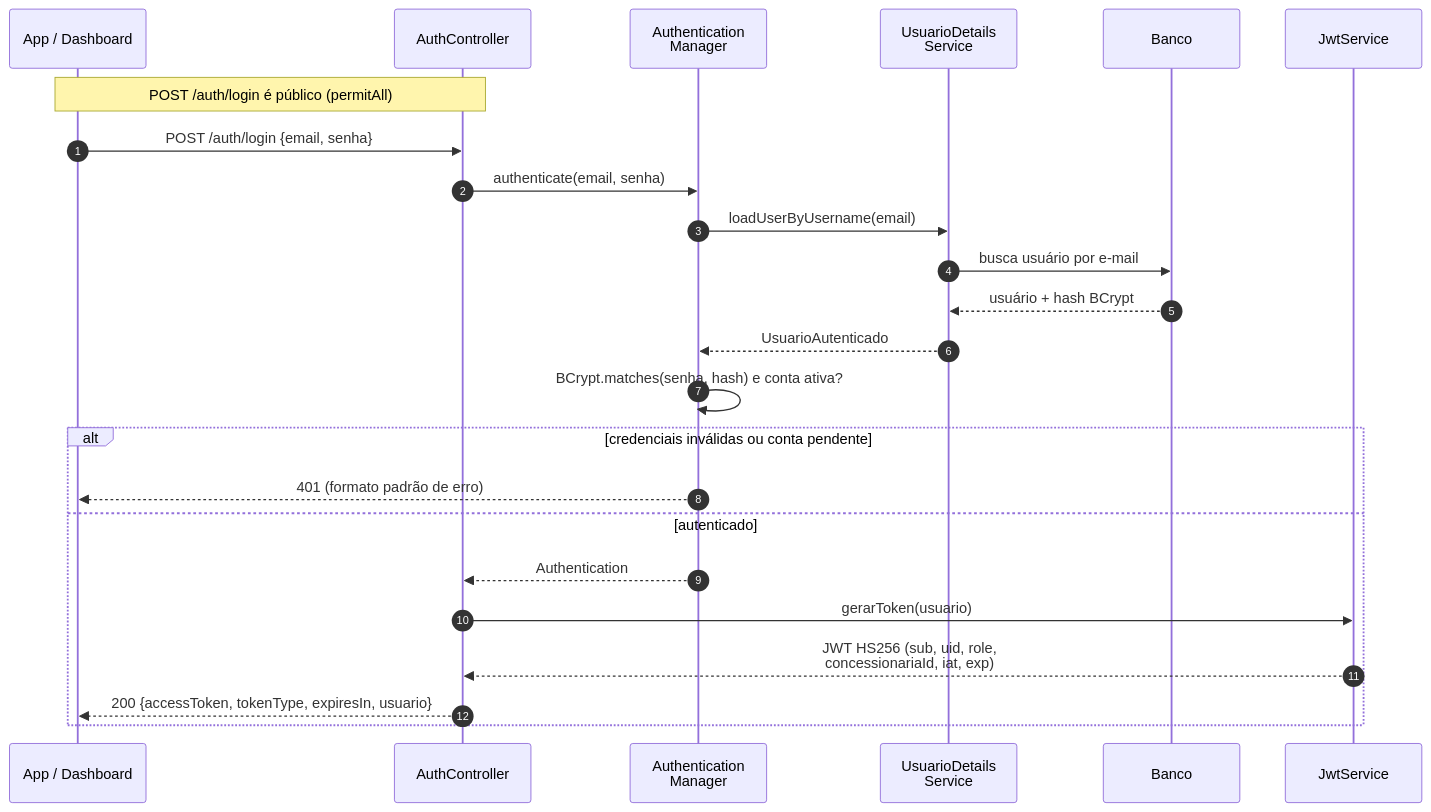
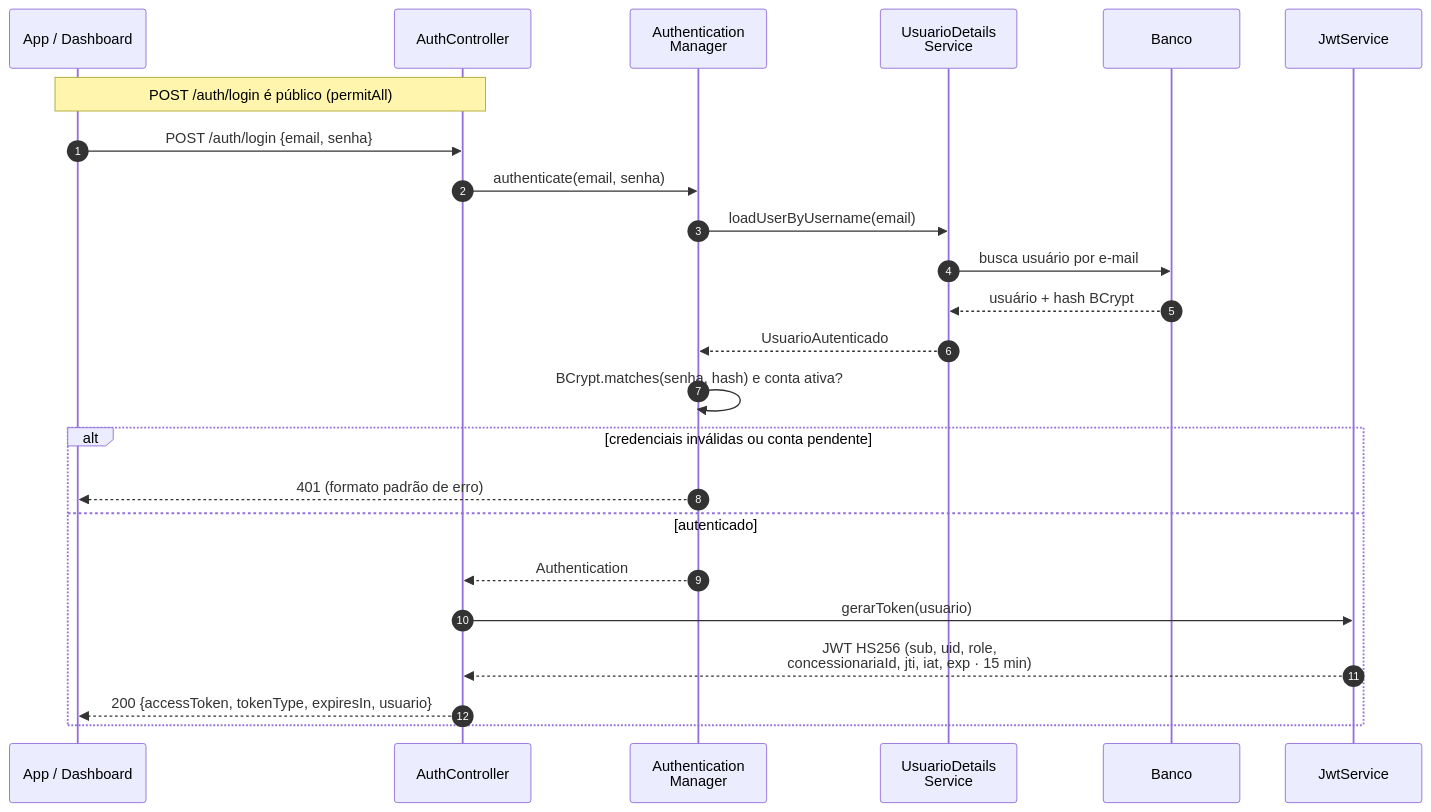
The second of 5 diagrams in docs/ARQUITETURA.md (3ESPG/Sprint3-SOA-Java), drawn with Mermaid before and after one commit. The commit also changed other lines of this file and 2 other files, not shown here.

````diff
--- a/docs/ARQUITETURA.md
+++ b/docs/ARQUITETURA.md
@@ -71,27 +71,27 @@
 ```mermaid
 sequenceDiagram
     autonumber
     participant U as App / Dashboard
     participant AC as AuthController
     participant AM as Authentication<br/>Manager
     participant UDS as UsuarioDetails<br/>Service
     participant DB as Banco
     participant JS as JwtService
 
     Note over U,AC: POST /auth/login é público (permitAll)
     U->>AC: POST /auth/login {email, senha}
     AC->>AM: authenticate(email, senha)
     AM->>UDS: loadUserByUsername(email)
     UDS->>DB: busca usuário por e-mail
     DB-->>UDS: usuário + hash BCrypt
     UDS-->>AM: UsuarioAutenticado
     AM->>AM: BCrypt.matches(senha, hash) e conta ativa?
     alt credenciais inválidas ou conta pendente
         AM-->>U: 401 (formato padrão de erro)
     else autenticado
         AM-->>AC: Authentication
         AC->>JS: gerarToken(usuario)
-        JS-->>AC: JWT HS256 (sub, uid, role,<br/>concessionariaId, iat, exp)
+        JS-->>AC: JWT HS256 (sub, uid, role,<br/>concessionariaId, jti, iat, exp · 15 min)
         AC-->>U: 200 {accessToken, tokenType, expiresIn, usuario}
     end
 ```
````
